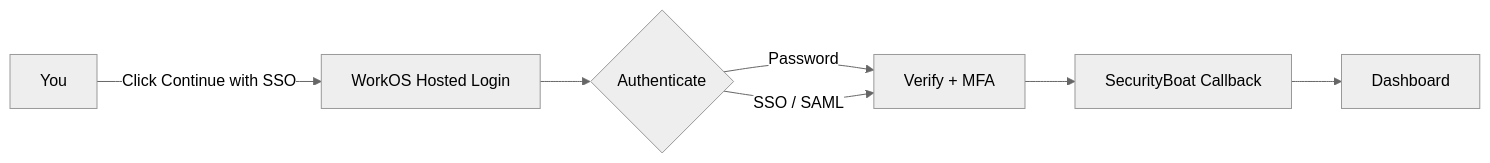
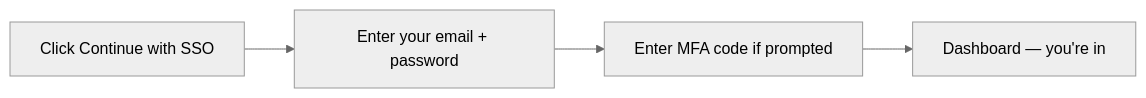
Before and after one commit to Securityboat/SB1-Knowladge-Base-: the diagram in docs/client/02-login.md, drawn with Mermaid (neutral theme). The commit also changed other lines of this file and 4 other files, not shown here.

````diff
--- a/docs/client/02-login.md
+++ b/docs/client/02-login.md
@@ -40,9 +32,6 @@
 ```mermaid
 graph LR
-    A[You] -->|Click Continue with SSO| B[WorkOS Hosted Login]
-    B --> C{Authenticate}
-    C -->|Password| D[Verify + MFA]
-    C -->|SSO / SAML| D
-    D --> E[SecurityBoat Callback]
-    E --> F[Dashboard]
+    A[Click Continue with SSO] --> B[Enter your email + password]
+    B --> C[Enter MFA code if prompted]
+    C --> D[Dashboard — you're in]
 ```
````
